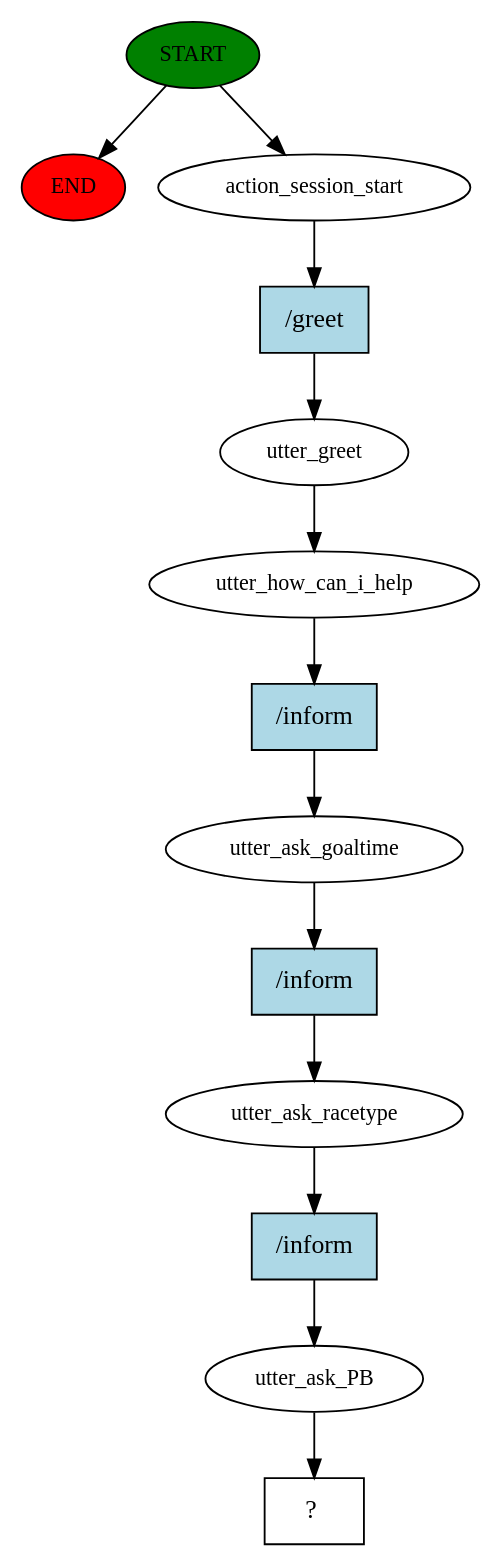
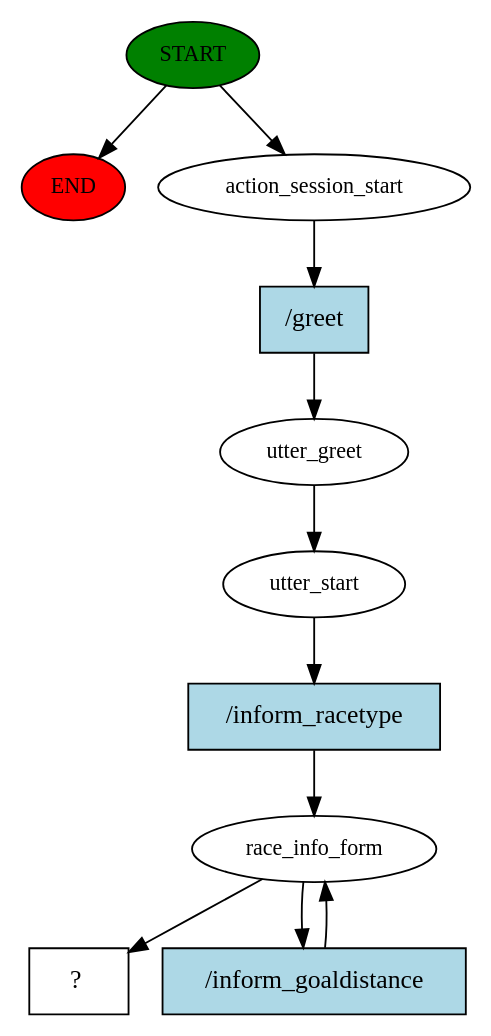
Before and after one commit to Tomaicho/AI_Chatbot: the diagram in PeakPerformanceBot/story_graph.dot, drawn with Graphviz. The commit also changed 851 other files, not shown here.

```diff
--- a/PeakPerformanceBot/story_graph.dot
+++ b/PeakPerformanceBot/story_graph.dot
@@ -1,27 +1,22 @@
 digraph  {
 0 [class="start active", fillcolor=green, fontsize=12, label=START, style=filled];
 "-1" [class=end, fillcolor=red, fontsize=12, label=END, style=filled];
 1 [class=active, fontsize=12, label=action_session_start];
 2 [class=active, fontsize=12, label=utter_greet];
-3 [class=active, fontsize=12, label=utter_how_can_i_help];
-4 [class=active, fontsize=12, label=utter_ask_goaltime];
-5 [class=active, fontsize=12, label=utter_ask_racetype];
-6 [class=active, fontsize=12, label=utter_ask_PB];
-7 [class="intent dashed active", label="  ?  ", shape=rect];
-8 [class="intent active", fillcolor=lightblue, label="/greet", shape=rect, style=filled];
-9 [class="intent active", fillcolor=lightblue, label="/inform", shape=rect, style=filled];
-10 [class="intent active", fillcolor=lightblue, label="/inform", shape=rect, style=filled];
-11 [class="intent active", fillcolor=lightblue, label="/inform", shape=rect, style=filled];
+3 [class=active, fontsize=12, label=utter_start];
+4 [class=active, fontsize=12, label=race_info_form];
+6 [class="intent dashed active", label="  ?  ", shape=rect];
+7 [class="intent active", fillcolor=lightblue, label="/greet", shape=rect, style=filled];
+8 [class="intent active", fillcolor=lightblue, label="/inform_racetype", shape=rect, style=filled];
+9 [class="intent active", fillcolor=lightblue, label="/inform_goaldistance", shape=rect, style=filled];
 0 -> "-1"  [class="", key=NONE, label=""];
 0 -> 1  [class=active, key=NONE, label=""];
-1 -> 8  [class=active, key=0];
+1 -> 7  [class=active, key=0];
 2 -> 3  [class=active, key=NONE, label=""];
-3 -> 9  [class=active, key=0];
-4 -> 10  [class=active, key=0];
-5 -> 11  [class=active, key=0];
-6 -> 7  [class=active, key=NONE, label=""];
-8 -> 2  [class=active, key=0];
+3 -> 8  [class=active, key=0];
+4 -> 6  [class=active, key=NONE, label=""];
+4 -> 9  [class=active, key=0];
+7 -> 2  [class=active, key=0];
+8 -> 4  [class=active, key=0];
 9 -> 4  [class=active, key=0];
-10 -> 5  [class=active, key=0];
-11 -> 6  [class=active, key=0];
 }
```
